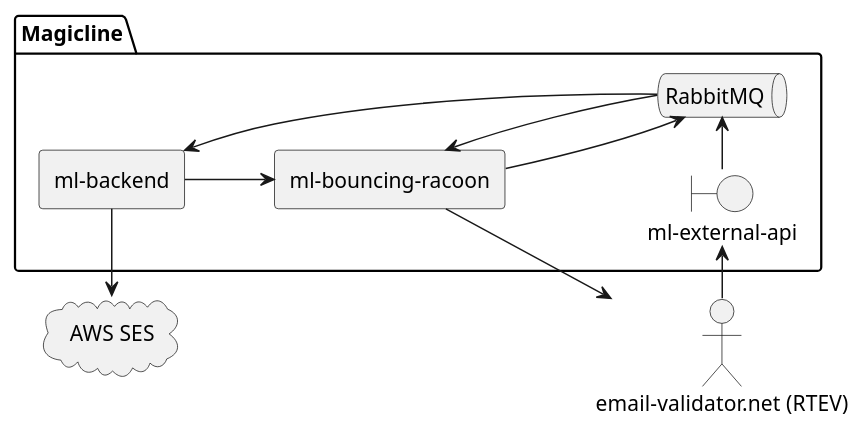
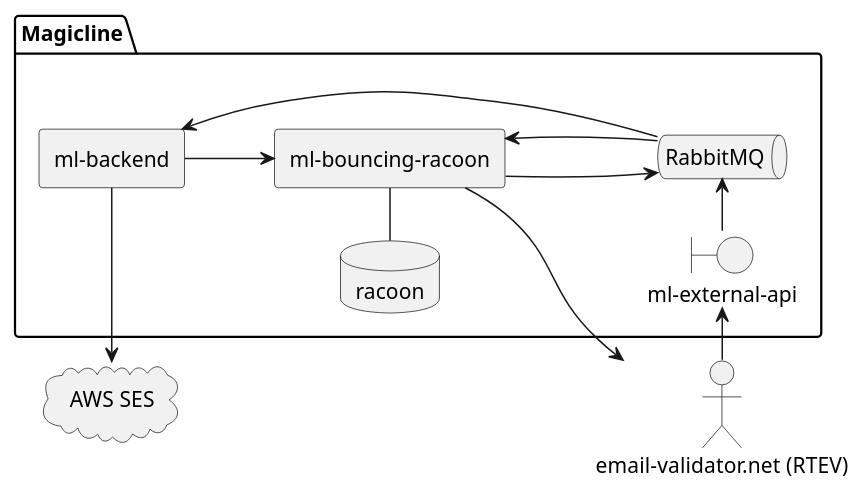
One commit to tomasz-skowronski/ml-bouncing-racoon changed the diagram in doc/context.plantuml. Above: the diagram before and after it, drawn with PlantUML. The commit also changed 18 other files, not shown here.

```diff
--- a/doc/context.plantuml
+++ b/doc/context.plantuml
@@ -1,22 +1,24 @@
 @startuml
 left to right direction
 
 package "Magicline" {
     agent "ml-backend" as MLB
     boundary "ml-external-api" as API
     agent "ml-bouncing-racoon" as BR
     queue RabbitMQ as MQ
+    database racoon as DB
 }
 
 cloud "AWS SES" as SES
 actor "email-validator.net (RTEV)" as RTEV
 
 MLB -left-> SES
 MLB --> BR
 BR --> RTEV
+BR -left- DB
 RTEV --> API
 API -right-> MQ
 MQ --> BR
 BR --> MQ
 MQ --> MLB
 @enduml
```
